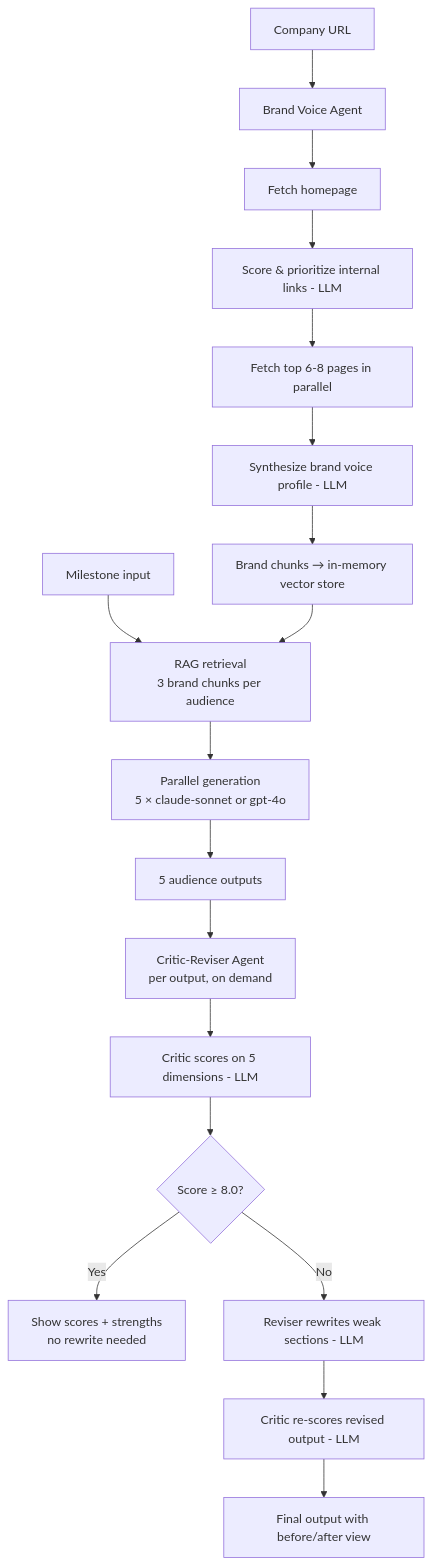
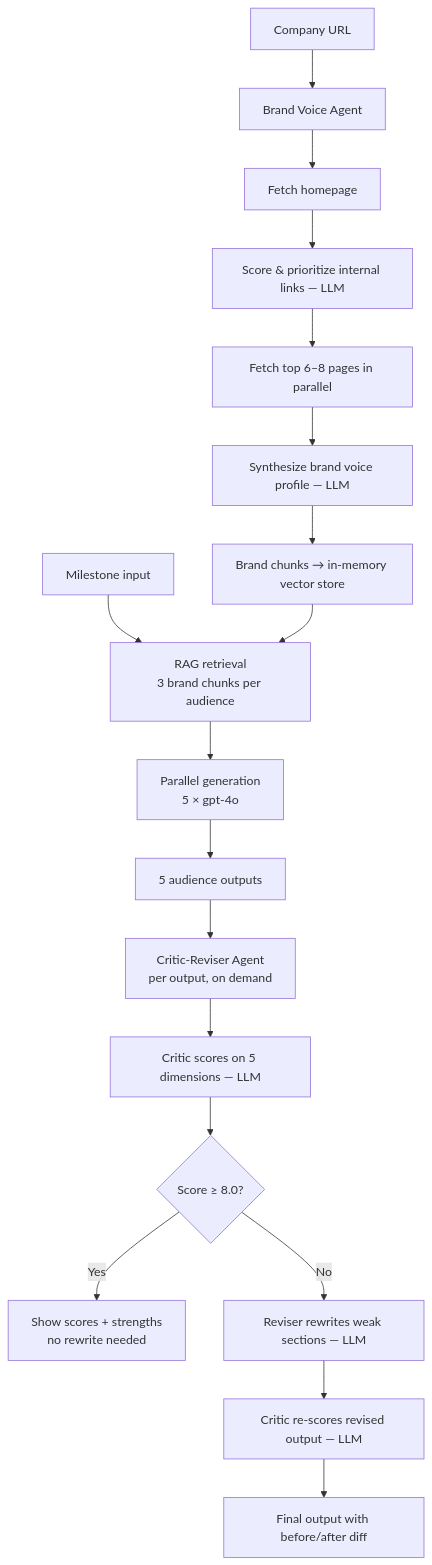
The diagram in README.md (priyalshah07/brandvoice), drawn with Mermaid before and after one commit. The commit also changed other lines of this file and 6 other files, not shown here.

````diff
--- a/README.md
+++ b/README.md
@@ -13,22 +39,22 @@
 ```mermaid
 flowchart TD
     A[Company URL] --> B[Brand Voice Agent]
     B --> B1[Fetch homepage]
-    B1 --> B2[Score & prioritize internal links - LLM]
-    B2 --> B3[Fetch top 6-8 pages in parallel]
-    B3 --> B4[Synthesize brand voice profile - LLM]
+    B1 --> B2[Score & prioritize internal links — LLM]
+    B2 --> B3[Fetch top 6–8 pages in parallel]
+    B3 --> B4[Synthesize brand voice profile — LLM]
     B4 --> C[Brand chunks → in-memory vector store]
 
     D[Milestone input] --> E[RAG retrieval\n3 brand chunks per audience]
     C --> E
-    E --> F[Parallel generation\n5 × claude-sonnet or gpt-4o]
+    E --> F[Parallel generation\n5 × gpt-4o]
     F --> G[5 audience outputs]
 
     G --> H[Critic-Reviser Agent\nper output, on demand]
-    H --> H1[Critic scores on 5 dimensions - LLM]
+    H --> H1[Critic scores on 5 dimensions — LLM]
     H1 --> H2{Score ≥ 8.0?}
     H2 -- Yes --> I[Show scores + strengths\nno rewrite needed]
-    H2 -- No --> H3[Reviser rewrites weak sections - LLM]
-    H3 --> H4[Critic re-scores revised output - LLM]
-    H4 --> J[Final output with before/after view]
+    H2 -- No --> H3[Reviser rewrites weak sections — LLM]
+    H3 --> H4[Critic re-scores revised output — LLM]
+    H4 --> J[Final output with before/after diff]
 ```
````
